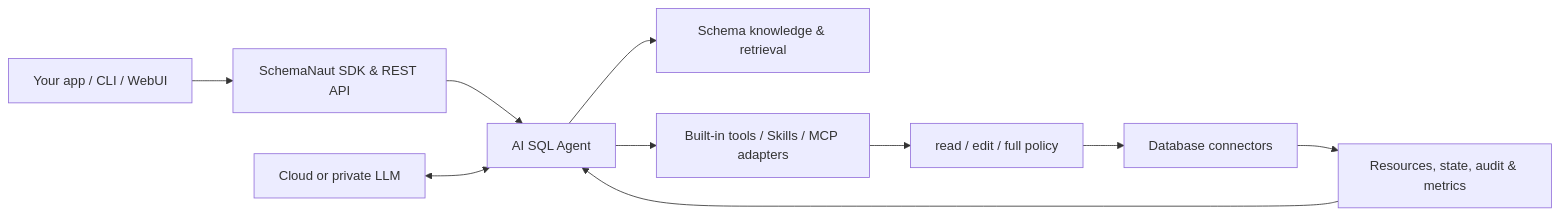
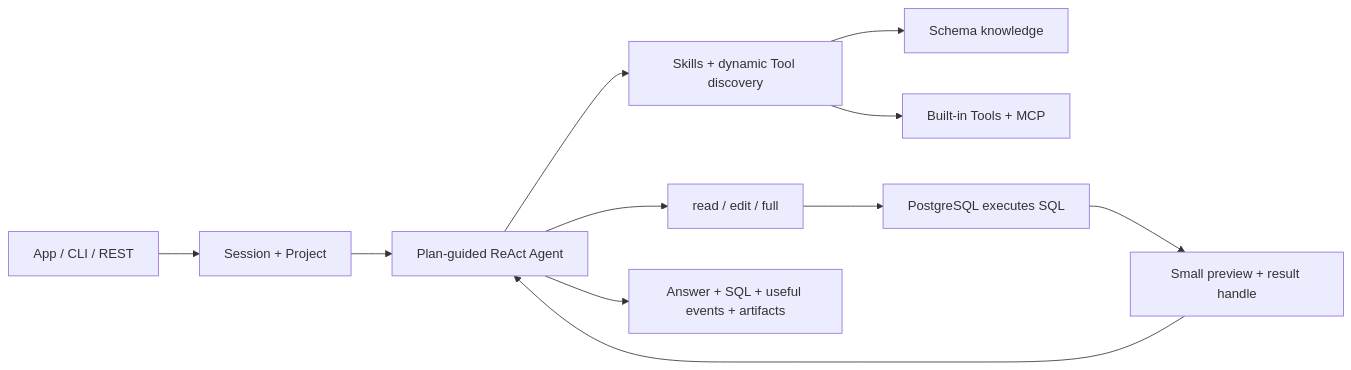
Before and after one commit to SylvanasW1ndrunner/Nexus: the diagram in README.md, drawn with Mermaid. The commit also changed other lines of this file and 251 other files, not shown here.

Commit message:
feat: publish audited SchemaNaut v0.1 alpha

````diff
--- a/README.md
+++ b/README.md
@@ -39,12 +43,13 @@
 ```mermaid
 flowchart LR
-    App["Your app / CLI / WebUI"] --> SDK["SchemaNaut SDK & REST API"]
-    SDK --> Agent["AI SQL Agent"]
-    Agent --> Knowledge["Schema knowledge & retrieval"]
-    Agent --> Tools["Built-in tools / Skills / MCP adapters"]
-    Tools --> Policy["read / edit / full policy"]
-    Policy --> DB["Database connectors"]
-    DB --> State["Resources, state, audit & metrics"]
-    State --> Agent
-    Model["Cloud or private LLM"] <--> Agent
+    User["App / CLI / REST"] --> Session["Session + Project"]
+    Session --> Agent["Plan-guided ReAct Agent"]
+    Agent --> Discover["Skills + dynamic Tool discovery"]
+    Discover --> Knowledge["Schema knowledge"]
+    Discover --> Extensions["Built-in Tools + MCP"]
+    Agent --> Policy["read / edit / full"]
+    Policy --> PostgreSQL["PostgreSQL executes SQL"]
+    PostgreSQL --> Preview["Small preview + result handle"]
+    Preview --> Agent
+    Agent --> Output["Answer + SQL + useful events + artifacts"]
 ```
````
